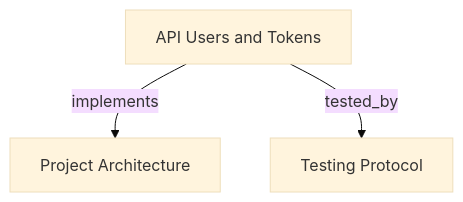
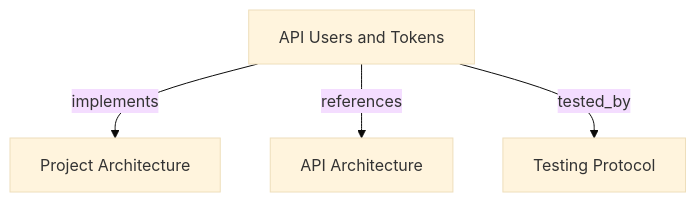
The diagram in docs/feature/api/users-and-tokens.md (romabeckman/harness-memory), drawn with Mermaid (base theme) before and after one commit. The commit also changed other lines of this file and 38 other files, not shown here.

````diff
--- a/docs/feature/api/users-and-tokens.md
+++ b/docs/feature/api/users-and-tokens.md
@@ -81,7 +86,9 @@
 ```mermaid
 graph TD
     API["API Users and Tokens"] -->|implements| ARCH["Project Architecture"]
+    API -->|references| APIARCH["API Architecture"]
     API -->|tested_by| TESTS["Testing Protocol"]
+    click APIARCH "../../adr/API.md"
     click ARCH "../../adr/ARCHITECTURE.md"
     click TESTS "../../adr/TESTS.md"
 ```
````
